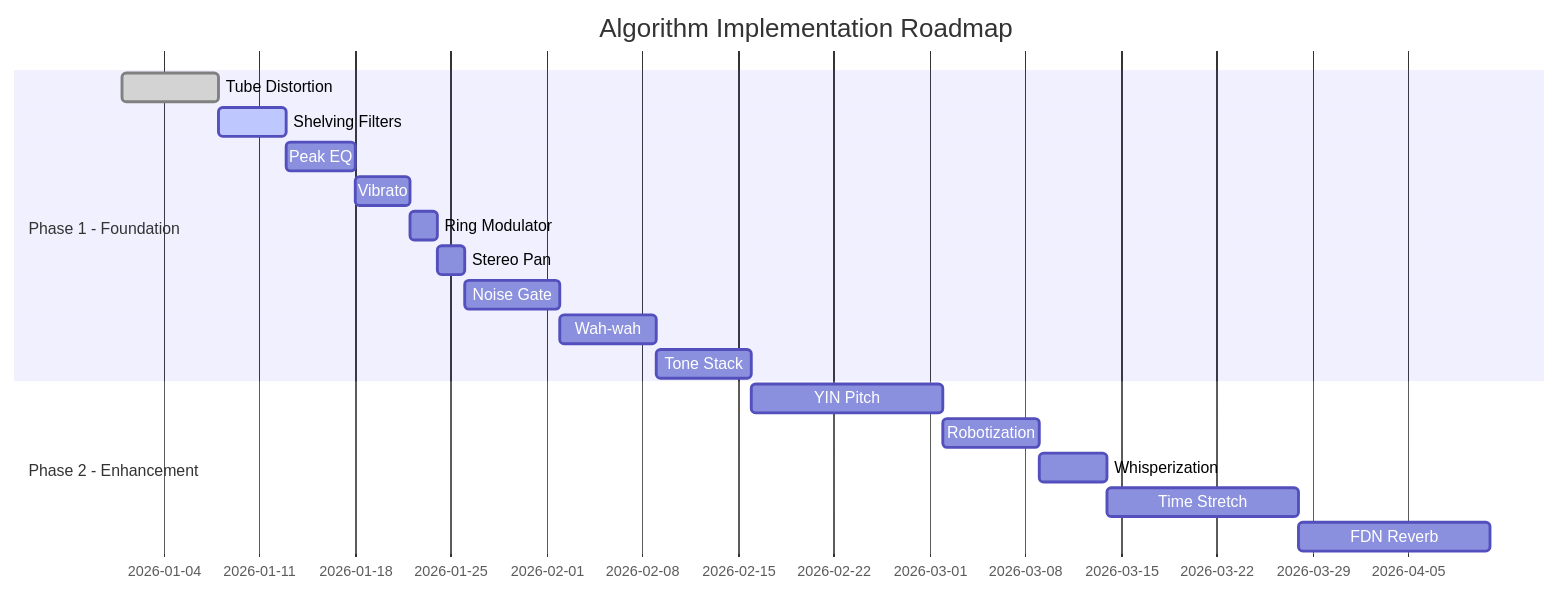
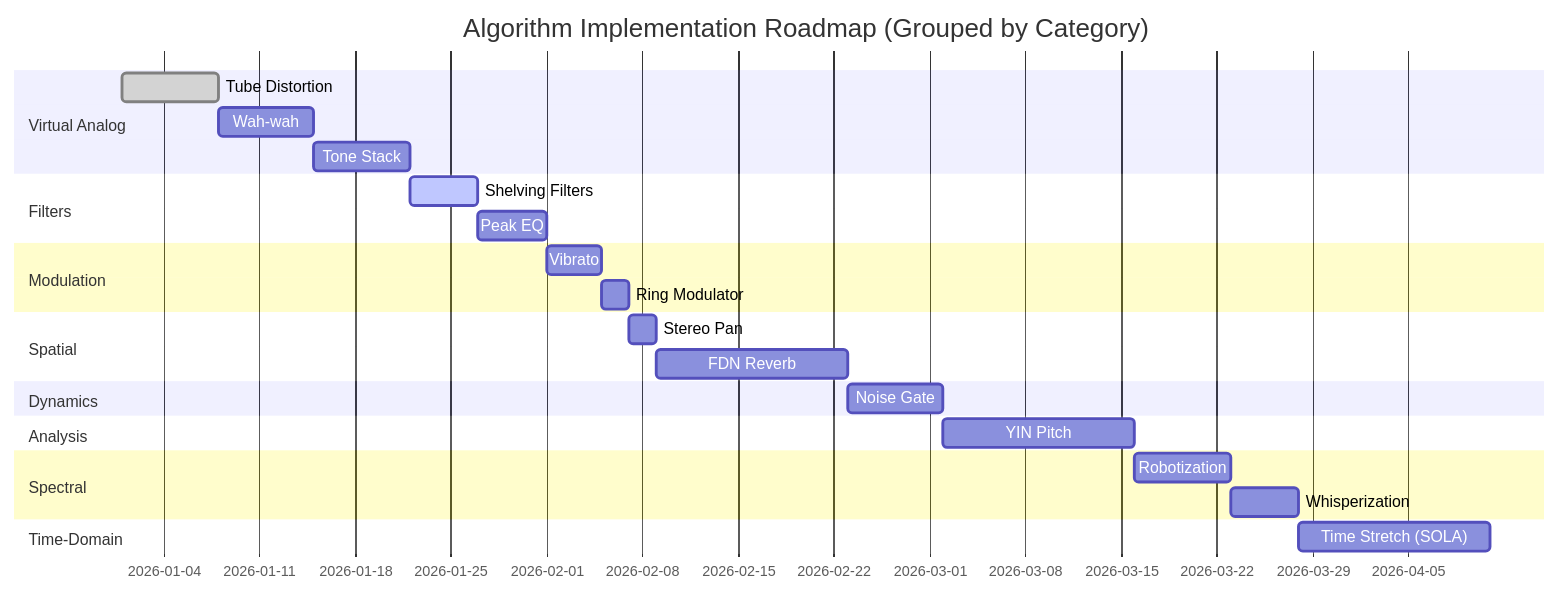
Before and after one commit to Denys/DAFX_2_Daisy_lib: the fourth of 4 diagrams in plans/DAFX_DaisySP_Implementation_Plan.md, drawn with Mermaid. The commit also changed other lines of this file and 29 other files, not shown here.

````diff
--- a/plans/DAFX_DaisySP_Implementation_Plan.md
+++ b/plans/DAFX_DaisySP_Implementation_Plan.md
@@ -523,23 +652,36 @@
 ```mermaid
 gantt
-    title Algorithm Implementation Roadmap
+    title Algorithm Implementation Roadmap (Grouped by Category)
     dateFormat  YYYY-MM-DD
-    
-    section Phase 1 - Foundation
-    Tube Distortion      :done,    tube,   2026-01-01, 7d
-    Shelving Filters     :active,  shelf,  after tube, 5d
-    Peak EQ              :         peak,   after shelf, 5d
-    Vibrato              :         vib,    after peak, 4d
-    Ring Modulator       :         ring,   after vib, 2d
-    Stereo Pan           :         pan,    after ring, 2d
-    Noise Gate           :         gate,   after pan, 7d
-    Wah-wah              :         wah,    after gate, 7d
-    Tone Stack           :         tone,   after wah, 7d
-    
-    section Phase 2 - Enhancement
-    YIN Pitch            :         yin,    after tone, 14d
-    Robotization         :         robot,  after yin, 7d
-    Whisperization       :         whisp,  after robot, 5d
-    Time Stretch         :         sola,   after whisp, 14d
-    FDN Reverb           :         fdn,    after sola, 14d
+
+    section Virtual Analog
+    Tube Distortion      :done,    id_tube,   2026-01-01, 7d
+    Wah-wah              :         id_wah,    after id_tube, 7d
+    Tone Stack           :         id_tone,   after id_wah, 7d
+
+    section Filters
+    Shelving Filters     :active,  id_shelf,  after id_tone, 5d
+    Peak EQ              :         id_peak,   after id_shelf, 5d
+
+    section Modulation
+    Vibrato              :         id_vib,    after id_peak, 4d
+    Ring Modulator       :         id_ring,   after id_vib, 2d
+
+    section Spatial
+    Stereo Pan           :         id_pan,    after id_ring, 2d
+    FDN Reverb           :         id_fdn,    after id_pan, 14d
+
+    section Dynamics
+    Noise Gate           :         id_gate,   after id_fdn, 7d
+
+    section Analysis
+    YIN Pitch            :         id_yin,    after id_gate, 14d
+
+    section Spectral
+    Robotization         :         id_robot,  after id_yin, 7d
+    Whisperization       :         id_whisp,  after id_robot, 5d
+
+    section Time-Domain
+    Time Stretch (SOLA)  :         id_sola,   after id_whisp, 14d
+
 ```
````
